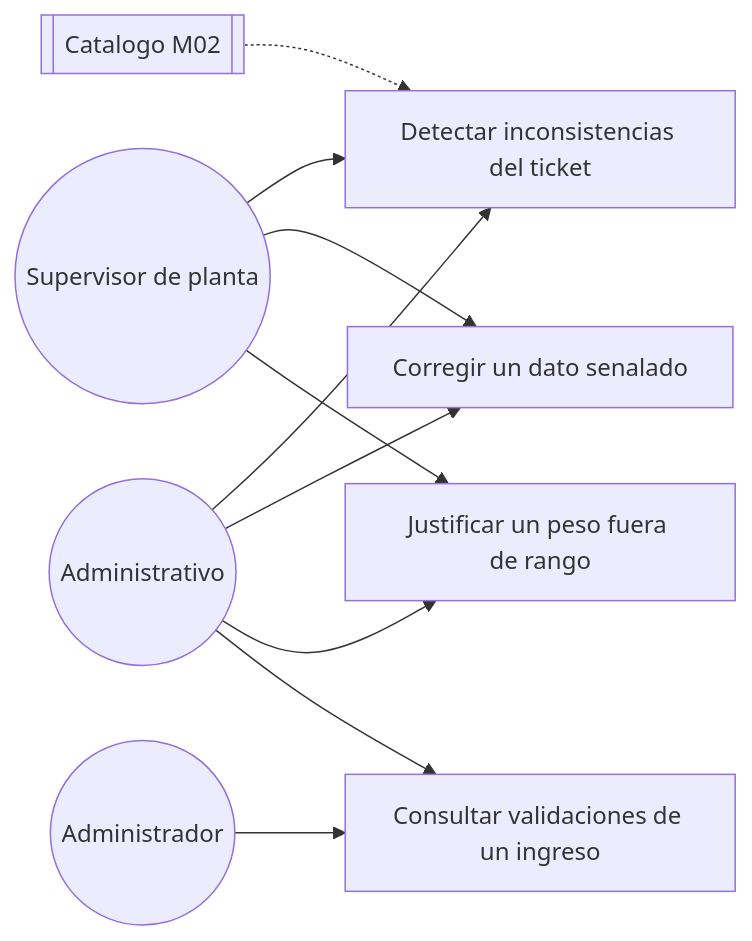
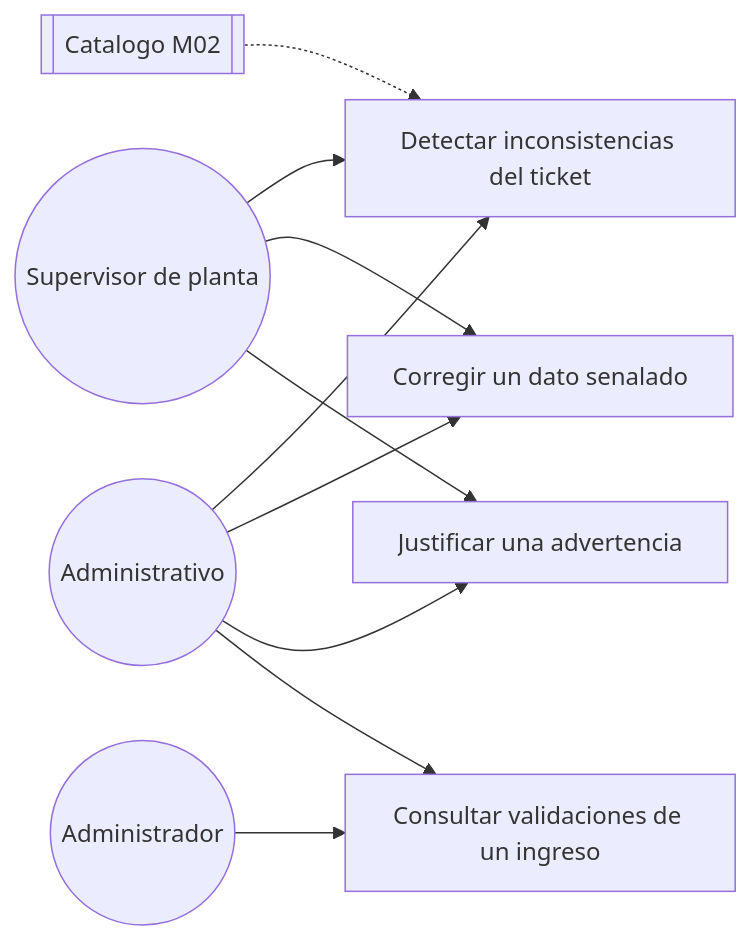
The diagram in docs/modulos/M05-validacion/diagramas/caso_uso.md (adlerOmonte1/LogisticaMinera), drawn with Mermaid before and after one commit. The commit also changed other lines of this file and 91 other files, not shown here.

````diff
--- a/docs/modulos/M05-validacion/diagramas/caso_uso.md
+++ b/docs/modulos/M05-validacion/diagramas/caso_uso.md
@@ -3,22 +3,22 @@
 ```mermaid
 flowchart LR
     SUP(("Supervisor de planta"))
     ADV(("Administrativo"))
     ADM(("Administrador"))
     CAT[["Catalogo M02"]]
 
     UC1["Detectar inconsistencias del ticket"]
     UC2["Corregir un dato senalado"]
-    UC3["Justificar un peso fuera de rango"]
+    UC3["Justificar una advertencia"]
     UC4["Consultar validaciones de un ingreso"]
 
     SUP --> UC1
     SUP --> UC2
     SUP --> UC3
     ADV --> UC1
     ADV --> UC2
     ADV --> UC3
     ADV --> UC4
     ADM --> UC4
     CAT -.-> UC1
 ```
````
